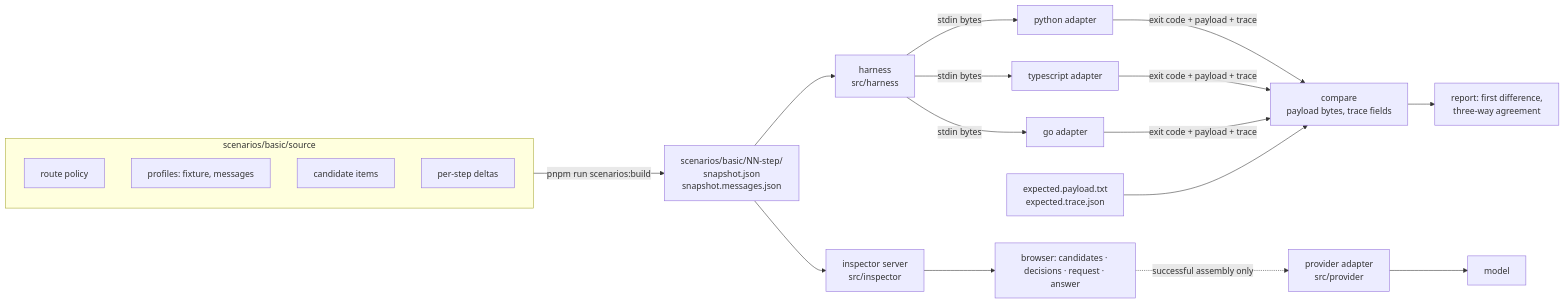
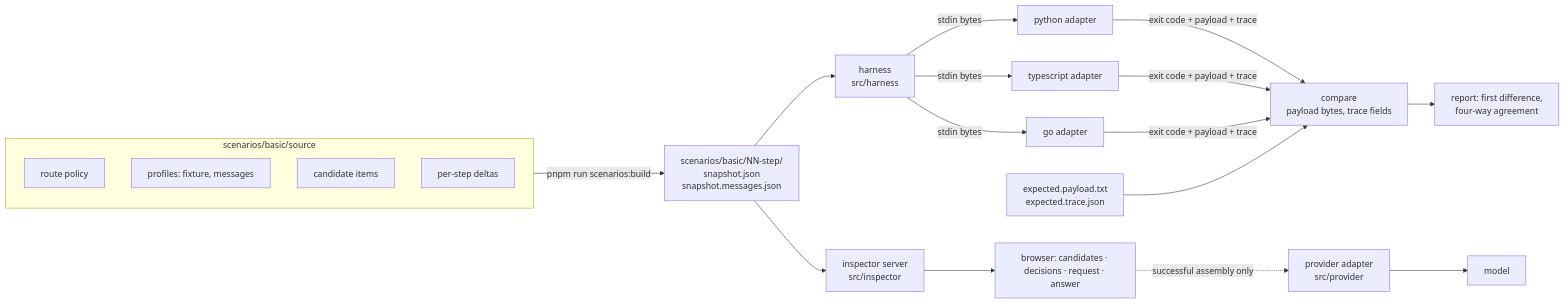
The diagram in docs/PLAN.md (contextwindowarchitecture/assembler-demo), drawn with Mermaid before and after one commit. The commit also changed other lines of this file and 28 other files, not shown here.

````diff
--- a/docs/PLAN.md
+++ b/docs/PLAN.md
@@ -40,21 +40,21 @@
 ```mermaid
 flowchart LR
     subgraph src["scenarios/basic/source"]
         RP["route policy"]
         PR["profiles: fixture, messages"]
         IT["candidate items"]
         DL["per-step deltas"]
     end
     src -->|"pnpm run scenarios:build"| SN["scenarios/basic/NN-step/<br/>snapshot.json<br/>snapshot.messages.json"]
     SN --> H["harness<br/>src/harness"]
     H -->|stdin bytes| PY["python adapter"]
     H -->|stdin bytes| TS["typescript adapter"]
     H -->|stdin bytes| GO["go adapter"]
     PY & TS & GO -->|"exit code + payload + trace"| C["compare<br/>payload bytes, trace fields"]
     EX["expected.payload.txt<br/>expected.trace.json"] --> C
-    C --> R["report: first difference,<br/>three-way agreement"]
+    C --> R["report: first difference,<br/>four-way agreement"]
     SN --> I["inspector server<br/>src/inspector"]
     I --> UI["browser: candidates · decisions · request · answer"]
     UI -. "successful assembly only" .-> PA["provider adapter<br/>src/provider"]
     PA --> LLM["model"]
 ```
````
